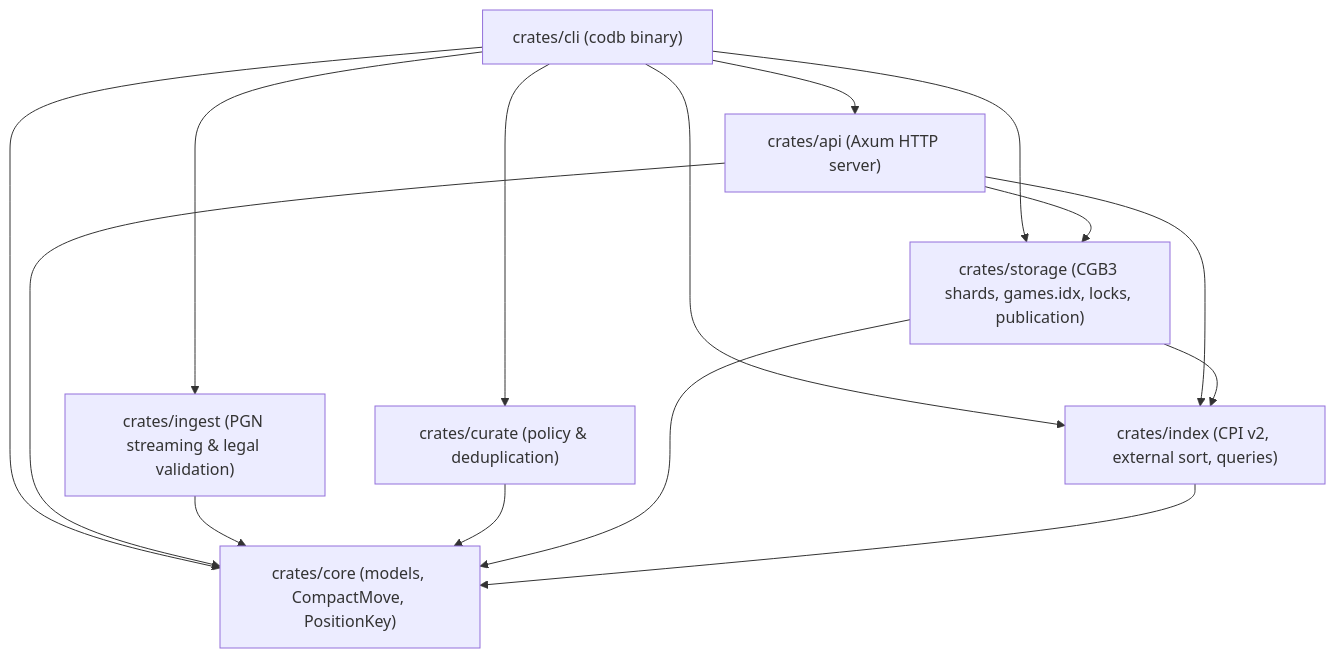
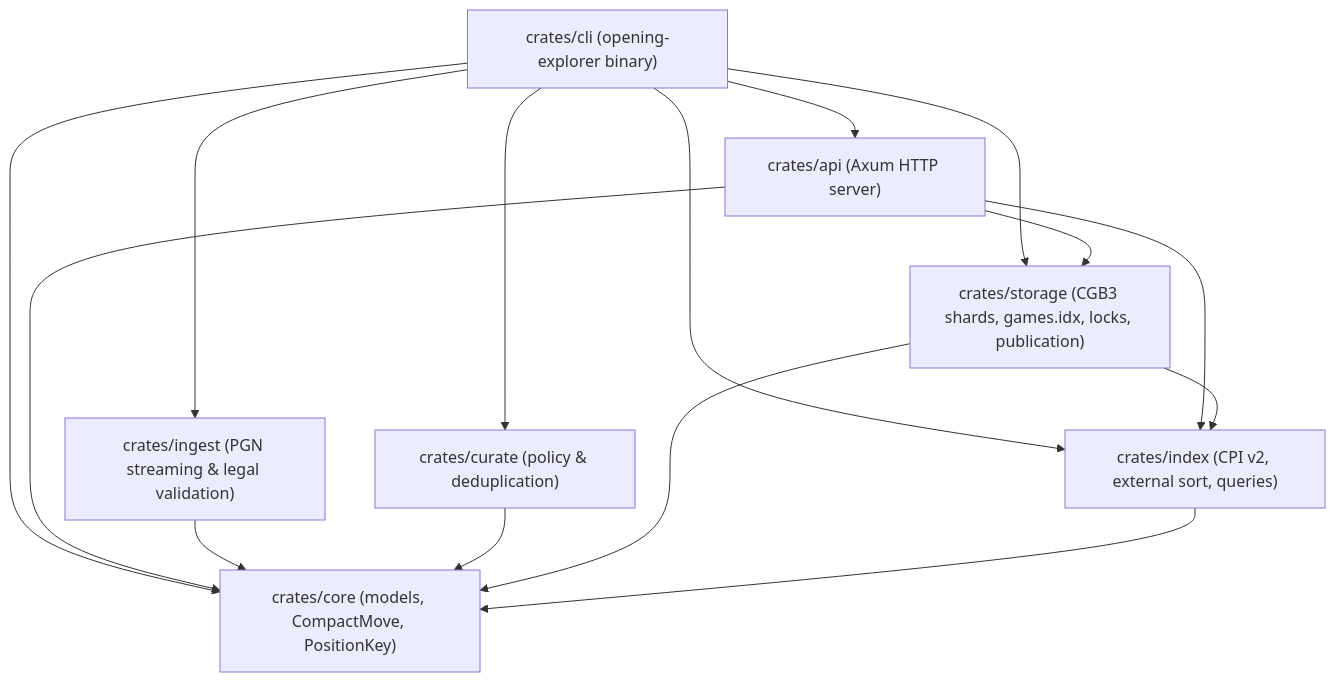
One commit to Nerver-zip/chess-database-api changed the first of 4 diagrams in docs/ARCHITECTURE.md. Above: the diagram before and after it, drawn with Mermaid. The commit also changed other lines of this file and 149 other files, not shown here.

First line of the commit message:
feat: consolidate as opening-explorer-api with public dataset releases (#8)

````diff
--- a/docs/ARCHITECTURE.md
+++ b/docs/ARCHITECTURE.md
@@ -36,27 +36,27 @@
 ```mermaid
 flowchart TD
-    CLI["crates/cli (codb binary)"]
+    CLI["crates/cli (opening-explorer binary)"]
     API["crates/api (Axum HTTP server)"]
     INGEST["crates/ingest (PGN streaming & legal validation)"]
     CURATE["crates/curate (policy & deduplication)"]
     STORAGE["crates/storage (CGB3 shards, games.idx, locks, publication)"]
     INDEX["crates/index (CPI v2, external sort, queries)"]
     CORE["crates/core (models, CompactMove, PositionKey)"]
 
     CLI --> API
     CLI --> INGEST
     CLI --> CURATE
     CLI --> STORAGE
     CLI --> INDEX
     CLI --> CORE
 
     API --> STORAGE
     API --> INDEX
     API --> CORE
 
     INGEST --> CORE
     CURATE --> CORE
     STORAGE --> CORE
     STORAGE --> INDEX
     INDEX --> CORE
 ```
````
